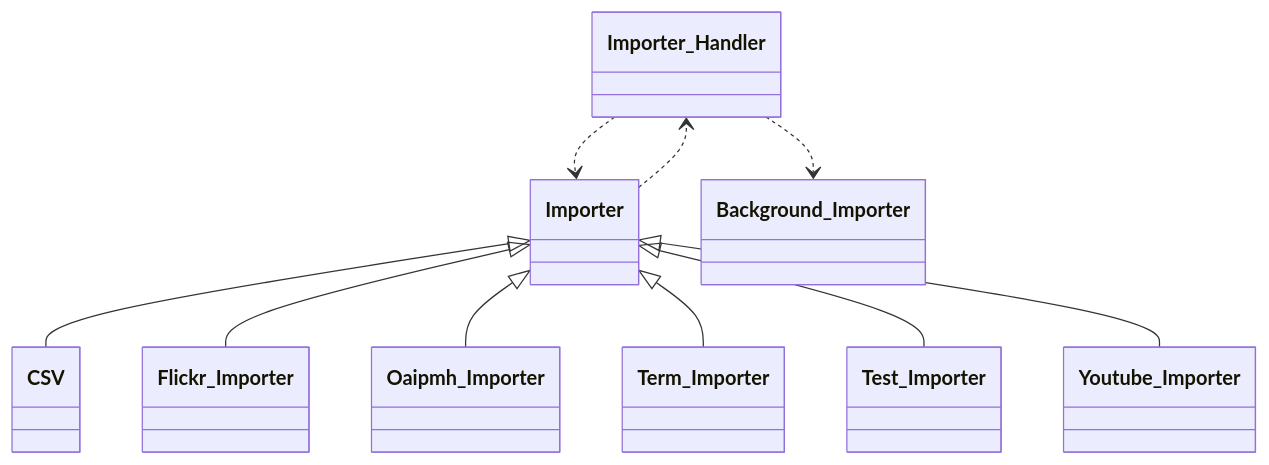
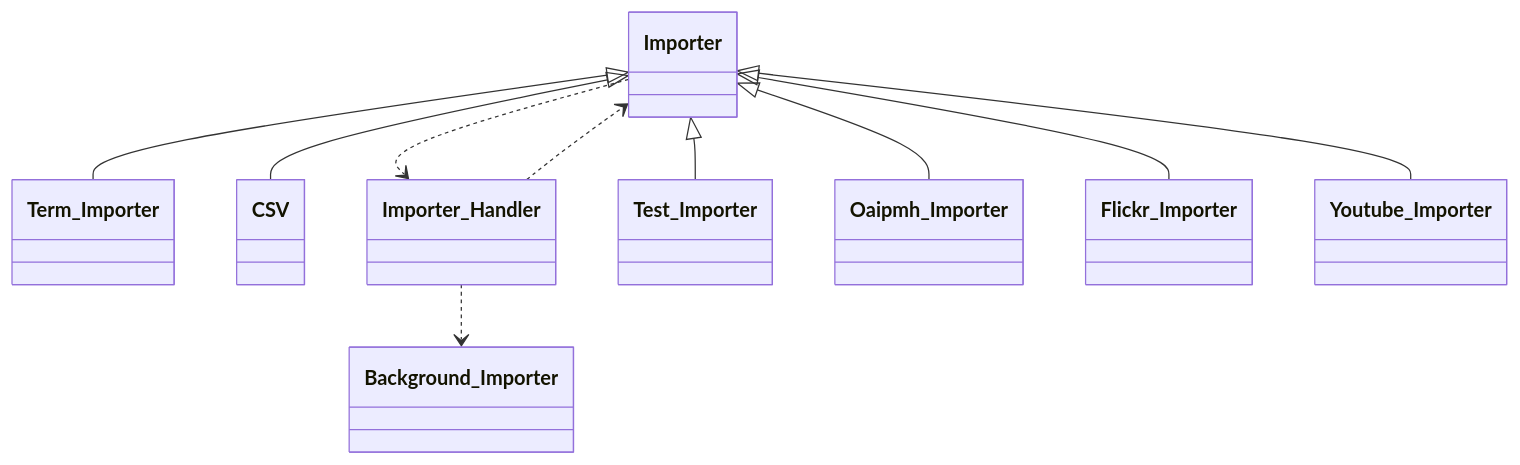
The eighth of 13 diagrams in docs/phpdoc/Home.md (tainacan/tainacan), drawn with Mermaid before and after one commit. The commit also changed other lines of this file and 84 other files, not shown here.

````diff
--- a/docs/phpdoc/Home.md
+++ b/docs/phpdoc/Home.md
@@ -547,22 +547,22 @@
 ```mermaid
 classDiagram
     direction TB
+    class Term_Importer { }
+    class CSV { }
+    class Importer { }
     class Importer_Handler { }
+    class Background_Importer { }
     class Test_Importer { }
+    class Oaipmh_Importer { }
     class Flickr_Importer { }
-    class Importer { }
-    class CSV { }
-    class Term_Importer { }
-    class Oaipmh_Importer { }
     class Youtube_Importer { }
-    class Background_Importer { }
     Importer ..> Importer_Handler
     Importer <|-- CSV
     Importer <|-- Flickr_Importer
     Importer <|-- Oaipmh_Importer
     Importer <|-- Term_Importer
     Importer <|-- Test_Importer
     Importer <|-- Youtube_Importer
     Importer_Handler ..> Background_Importer
     Importer_Handler ..> Importer
 ```
````
